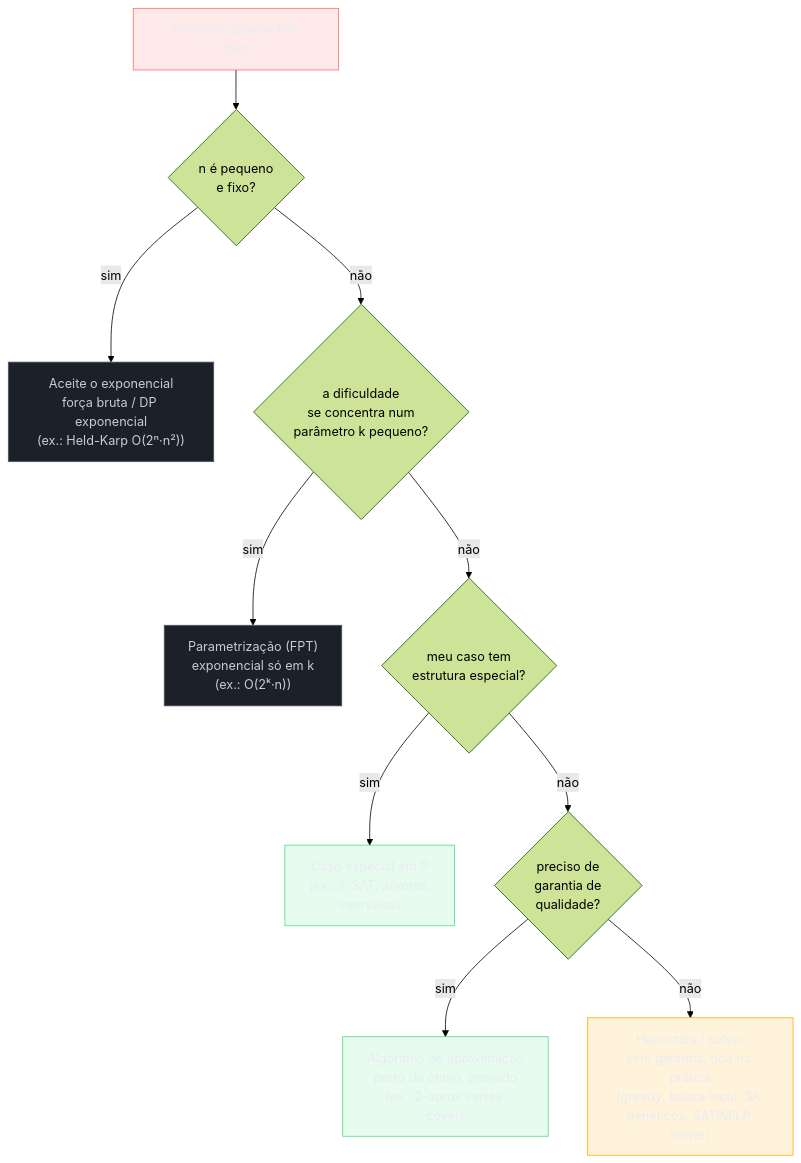
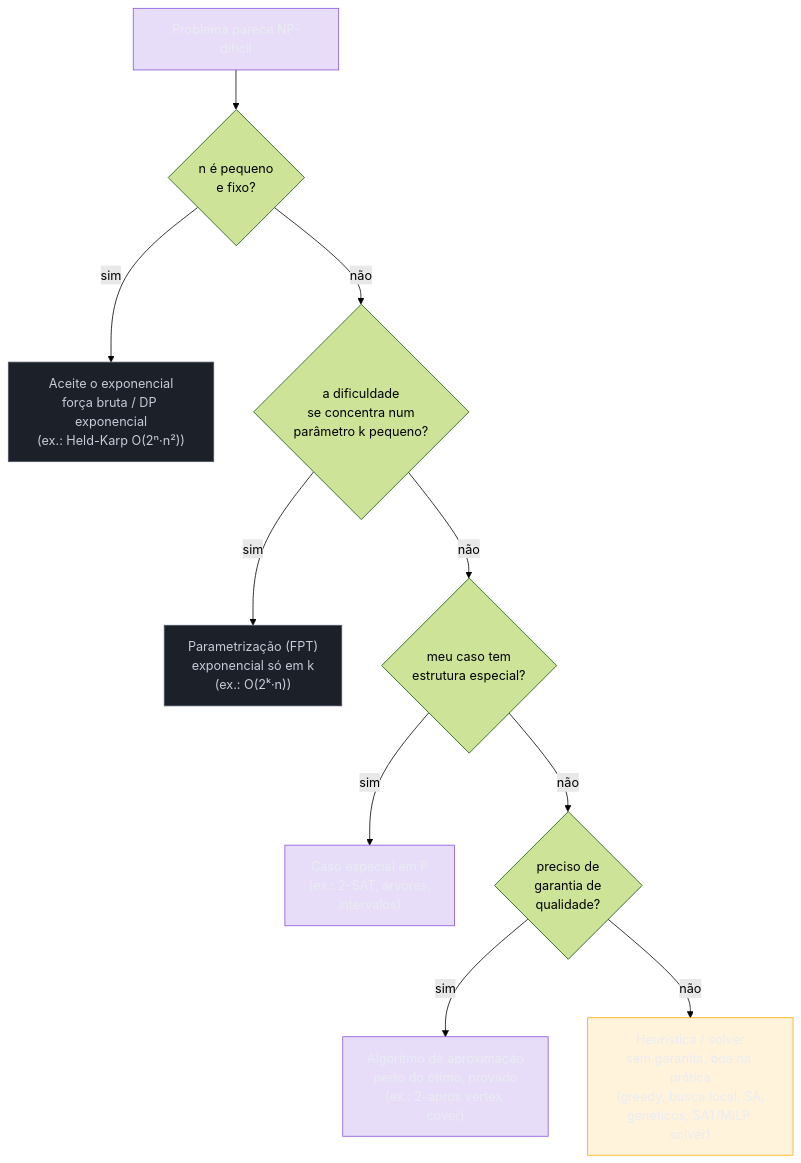
One commit to josenaldo/codex-technomanticus changed the fifth of 5 diagrams in 03-Dominios/Ciência/Algoritmos/13 - Intratabilidade.md. Above: the diagram before and after it, drawn with Mermaid (forest theme). The commit also changed other lines of this file and 601 other files, not shown here.

````diff
--- a/03-Dominios/Ciência/Algoritmos/13 - Intratabilidade.md
+++ b/03-Dominios/Ciência/Algoritmos/13 - Intratabilidade.md
@@ -262,23 +261,22 @@
 ```mermaid
 flowchart TD
-    classDef falha fill:#FF6B6B24,stroke:#FF6B6B,color:#E9ECF2
+    classDef marca fill:#8855DF33,stroke:#8855DF,color:#E9ECF2
     classDef neutro fill:#1B2029,stroke:#4E5666,color:#C6CCD8
-    classDef ok fill:#4ADE8021,stroke:#4ADE80,color:#E9ECF2
     classDef destaque fill:#FFAA0024,stroke:#FFAA00,color:#E9ECF2
     START["Problema parece NP-difícil"] --> Q1{"n é pequeno\ne fixo?"}
     Q1 -->|"sim"| EXP["Aceite o exponencial\nforça bruta / DP exponencial\n(ex.: Held-Karp O(2ⁿ·n²))"]
     Q1 -->|"não"| Q2{"a dificuldade\nse concentra num\nparâmetro k pequeno?"}
     Q2 -->|"sim"| FPT["Parametrização (FPT)\nexponencial só em k\n(ex.: O(2ᵏ·n))"]
     Q2 -->|"não"| Q3{"meu caso tem\nestrutura especial?"}
     Q3 -->|"sim"| SPECIAL["Caso especial em P\n(ex.: 2-SAT, árvores,\nintervalos)"]
     Q3 -->|"não"| Q4{"preciso de\ngarantia de\nqualidade?"}
     Q4 -->|"sim"| APPROX["Algoritmo de aproximação\nperto do ótimo, provado\n(ex.: 2-aprox vertex cover)"]
     Q4 -->|"não"| HEUR["Heurística / solver\nsem garantia, boa na prática\n(greedy, busca local, SA,\ngenéticos, SAT/MILP solver)"]
 
-    class START falha
+    class START marca
     class EXP neutro
     class FPT neutro
-    class SPECIAL ok
-    class APPROX ok
+    class SPECIAL marca
+    class APPROX marca
     class HEUR destaque
 ```
````
